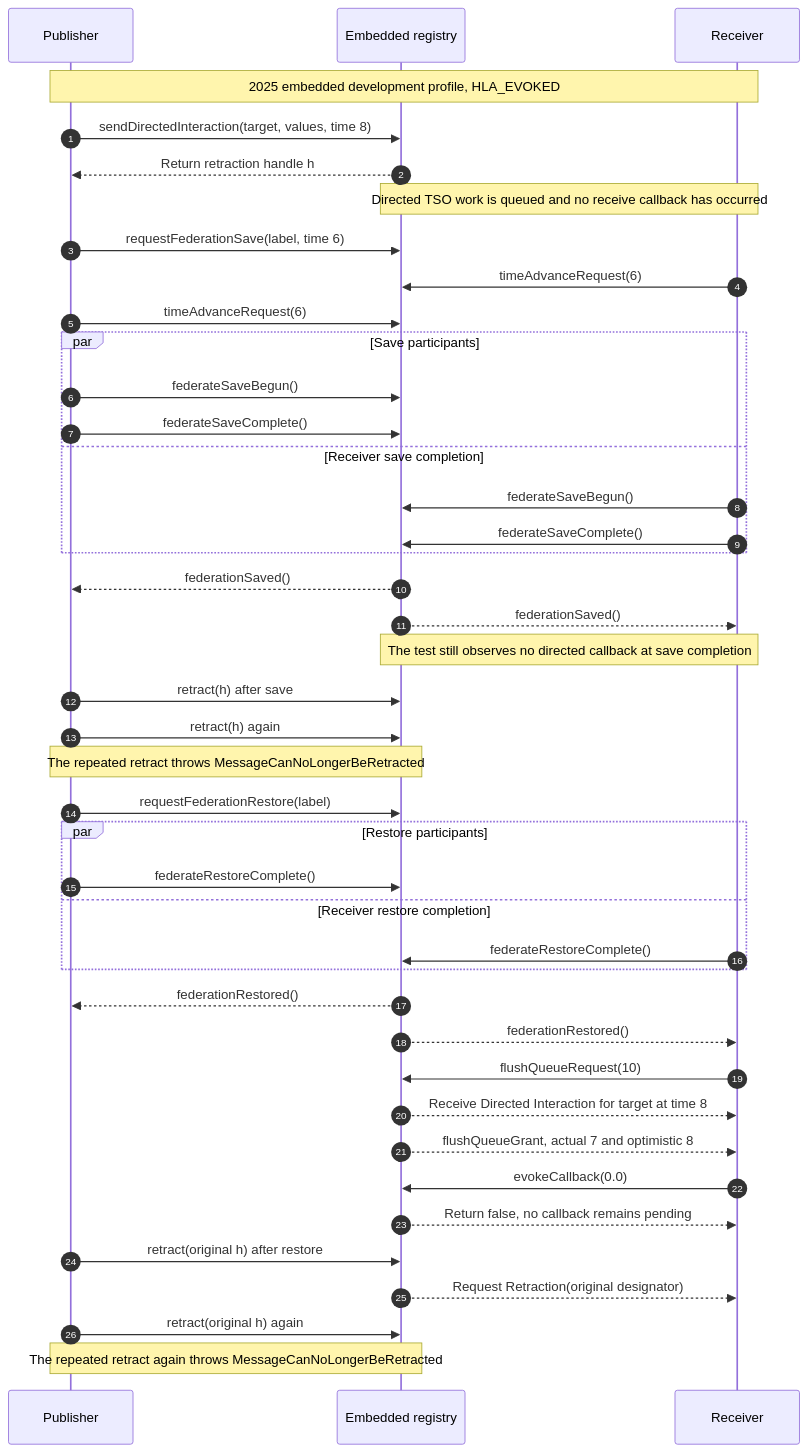
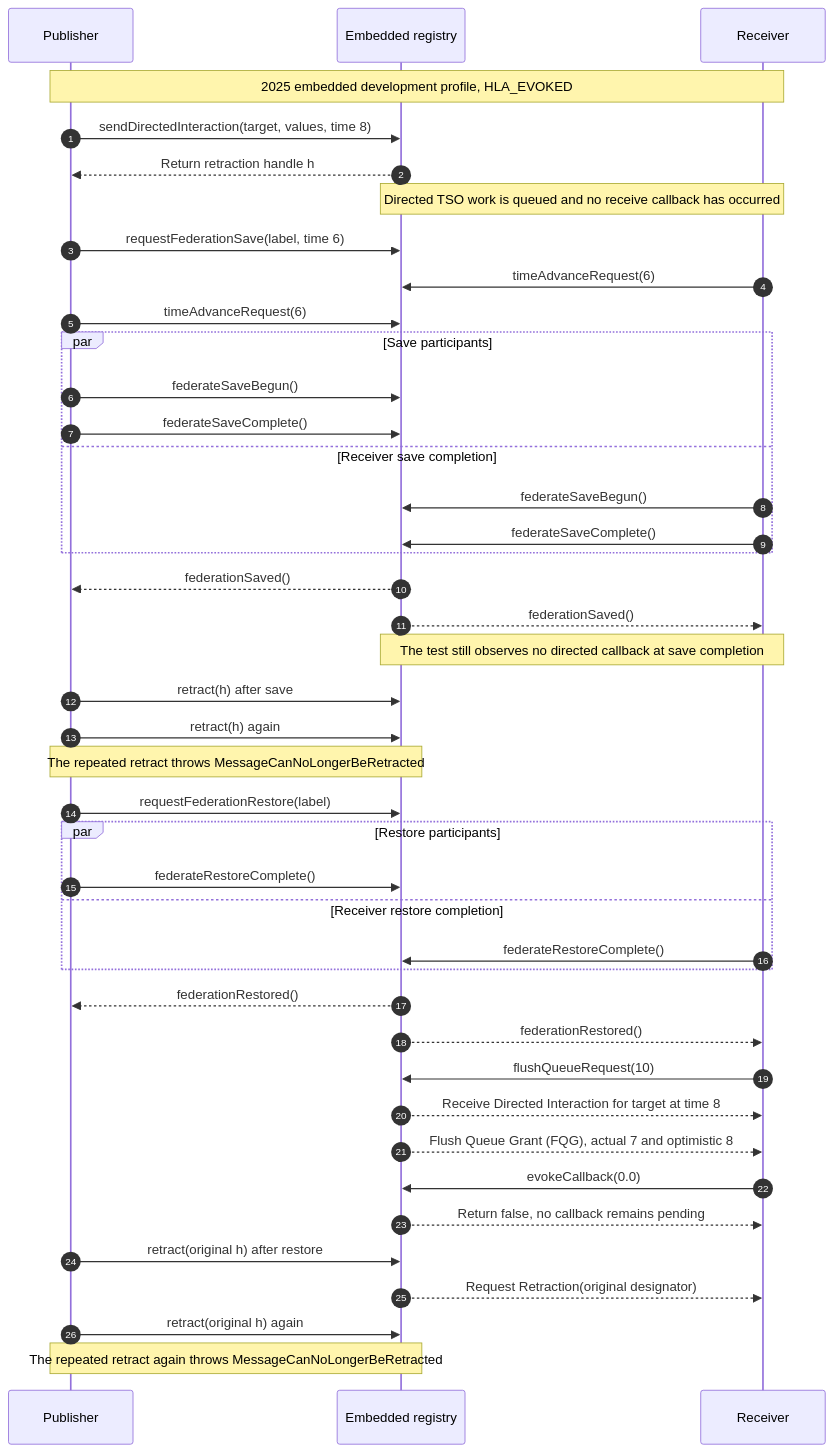
One commit to sheepfling/umbra changed diagram 22 of 33 in docs/design/HLA-2025-FEDERATION-SAVE-RESTORE-FLOW-GUIDE.md. Above: the diagram before and after it, drawn with Mermaid. The commit also changed other lines of this file and 39 other files, not shown here.

Commit message:
Document IEEE 1516.1-2025 behavior flows

````diff
--- a/docs/design/HLA-2025-FEDERATION-SAVE-RESTORE-FLOW-GUIDE.md
+++ b/docs/design/HLA-2025-FEDERATION-SAVE-RESTORE-FLOW-GUIDE.md
@@ -1374,48 +1861,48 @@
 ```mermaid
 sequenceDiagram
   autonumber
   participant Pub as Publisher
   participant RTI as Embedded registry
   participant Sub as Receiver
 
   Note over Pub,Sub: 2025 embedded development profile, HLA_EVOKED
   Pub->>RTI: sendDirectedInteraction(target, values, time 8)
   RTI-->>Pub: Return retraction handle h
   Note over RTI,Sub: Directed TSO work is queued and no receive callback has occurred
 
   Pub->>RTI: requestFederationSave(label, time 6)
   Sub->>RTI: timeAdvanceRequest(6)
   Pub->>RTI: timeAdvanceRequest(6)
   par Save participants
     Pub->>RTI: federateSaveBegun()
     Pub->>RTI: federateSaveComplete()
   and Receiver save completion
     Sub->>RTI: federateSaveBegun()
     Sub->>RTI: federateSaveComplete()
   end
   RTI-->>Pub: federationSaved()
   RTI-->>Sub: federationSaved()
   Note over RTI,Sub: The test still observes no directed callback at save completion
 
   Pub->>RTI: retract(h) after save
   Pub->>RTI: retract(h) again
   Note over Pub,RTI: The repeated retract throws MessageCanNoLongerBeRetracted
   Pub->>RTI: requestFederationRestore(label)
   par Restore participants
     Pub->>RTI: federateRestoreComplete()
   and Receiver restore completion
     Sub->>RTI: federateRestoreComplete()
   end
   RTI-->>Pub: federationRestored()
   RTI-->>Sub: federationRestored()
 
   Sub->>RTI: flushQueueRequest(10)
   RTI-->>Sub: Receive Directed Interaction for target at time 8
-  RTI-->>Sub: flushQueueGrant, actual 7 and optimistic 8
+  RTI-->>Sub: Flush Queue Grant (FQG), actual 7 and optimistic 8
   Sub->>RTI: evokeCallback(0.0)
   RTI-->>Sub: Return false, no callback remains pending
   Pub->>RTI: retract(original h) after restore
   RTI-->>Sub: Request Retraction(original designator)
   Pub->>RTI: retract(original h) again
   Note over Pub,RTI: The repeated retract again throws MessageCanNoLongerBeRetracted
 ```
````
